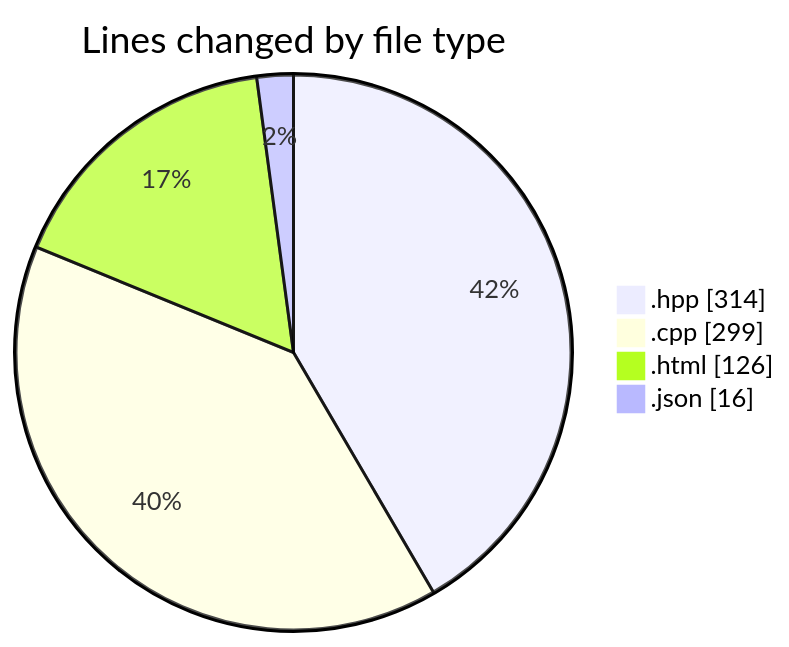
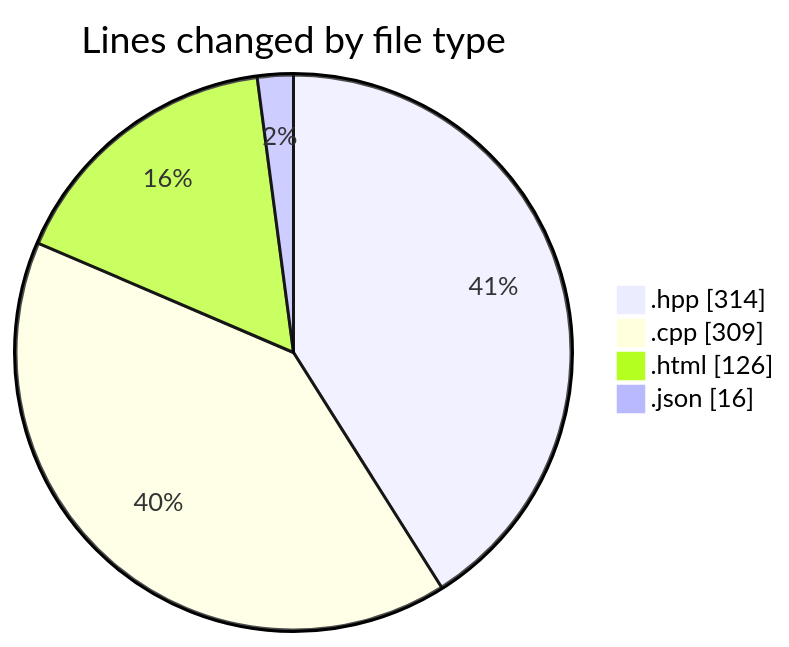
One commit to Netris89/code-tracking changed the first of 2 diagrams in 2025-04-22/echo/README.md. Above: the diagram before and after it, drawn with Mermaid. The commit also changed other lines of this file and 1 other file, not shown here.

````diff
--- a/2025-04-22/echo/README.md
+++ b/2025-04-22/echo/README.md
@@ -25,8 +25,8 @@
 ```mermaid
 pie showData
 title Lines changed by file type
 ".hpp" : 314
-".cpp" : 299
+".cpp" : 309
 ".html" : 126
 ".json" : 16
 ```
````
